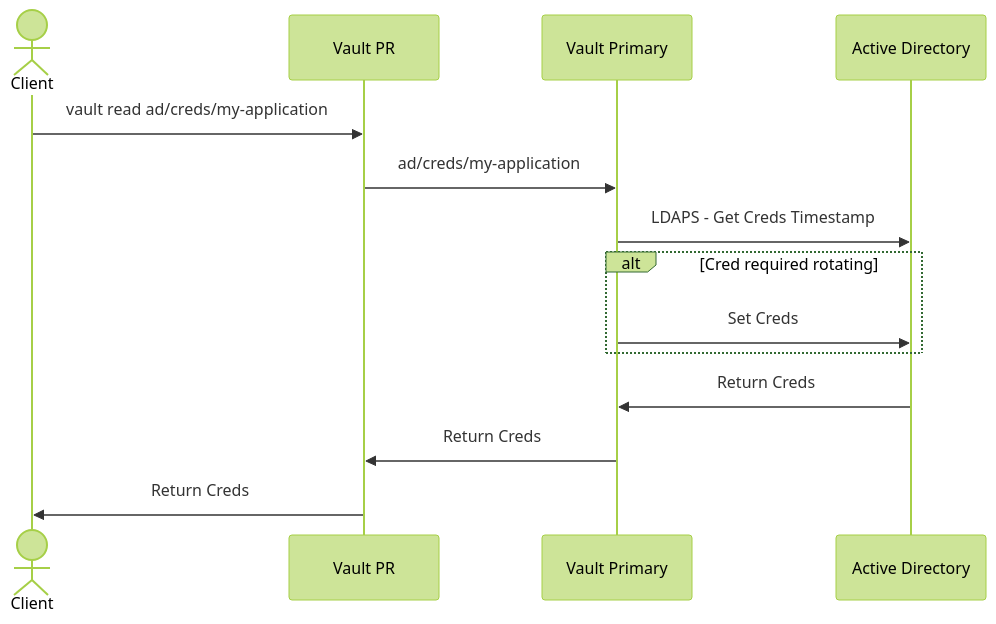
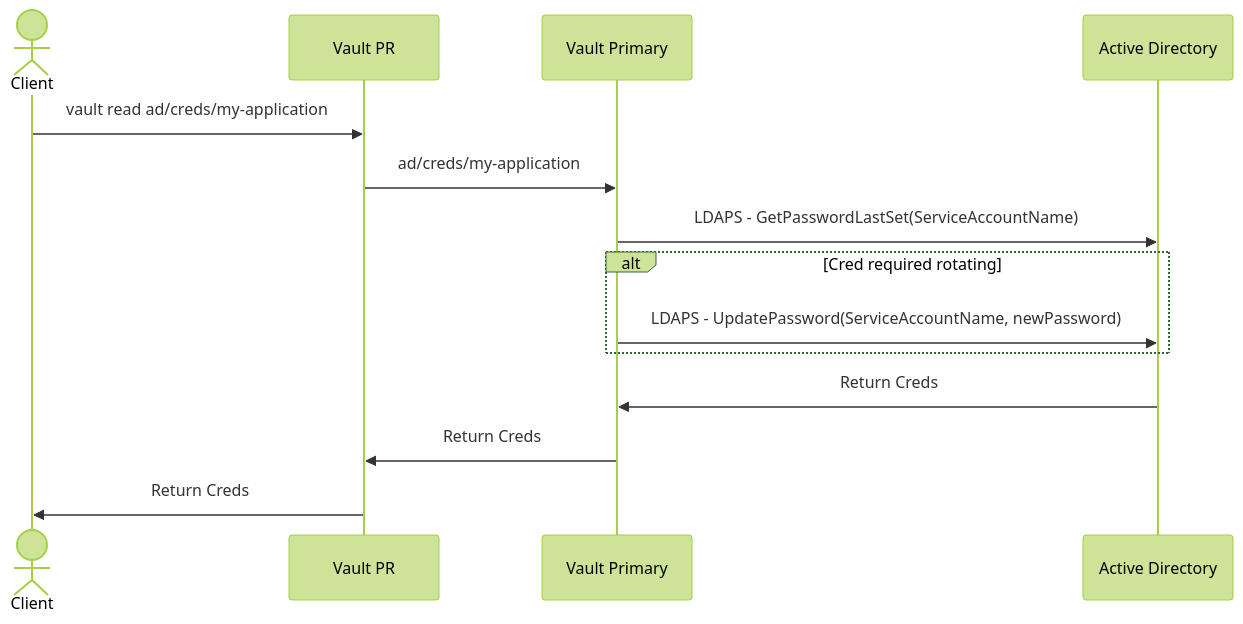
Before and after one commit to tallen-hashicorp/vault-pr-ad-testing: the second of 5 diagrams in README.md, drawn with Mermaid (forest theme). The commit also changed other lines of this file, not shown here.

Commit message:
Updating to use correct naming from plugin

````diff
--- a/README.md
+++ b/README.md
@@ -167,16 +167,16 @@
 ```mermaid
 sequenceDiagram
     actor c as Client
     participant vpr as Vault PR
     participant vp as Vault Primary
     participant ad as Active Directory
     c->>vpr: vault read ad/creds/my-application
     vpr->>vp: ad/creds/my-application
-    vp->>ad: LDAPS - Get Creds Timestamp
+    vp->>ad: LDAPS - GetPasswordLastSet(ServiceAccountName)
     alt Cred required rotating
-        vp->>ad: Set Creds
+        vp->>ad: LDAPS -  UpdatePassword(ServiceAccountName, newPassword)
     end
     ad->>vp: Return Creds
     vp->>vpr: Return Creds
     vpr->>c: Return Creds
 ```
````
